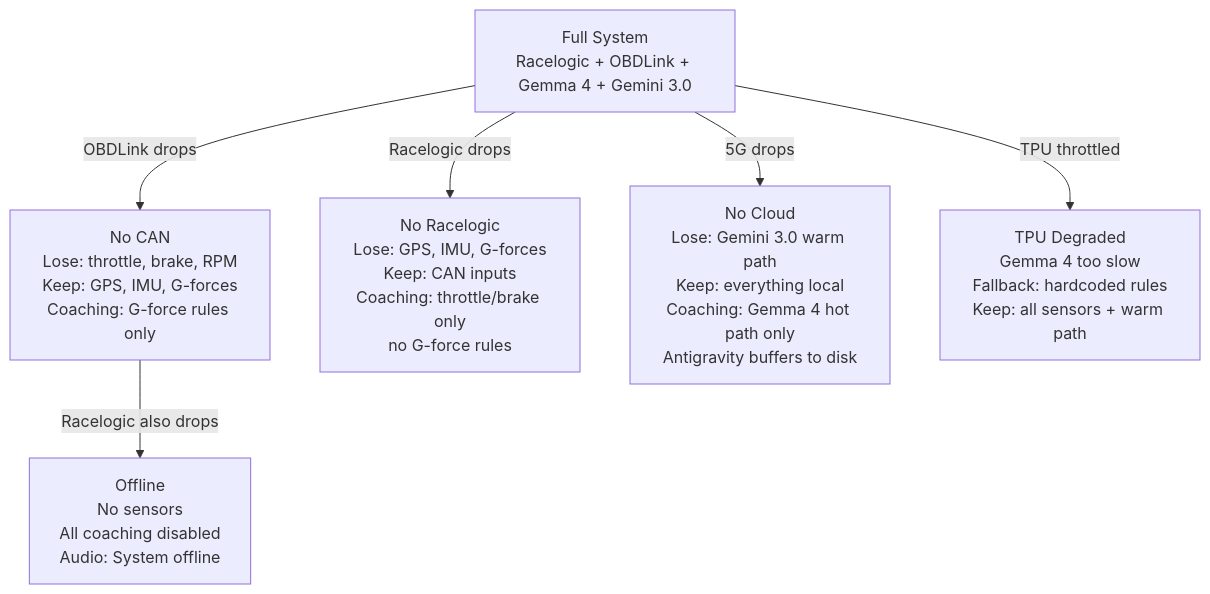
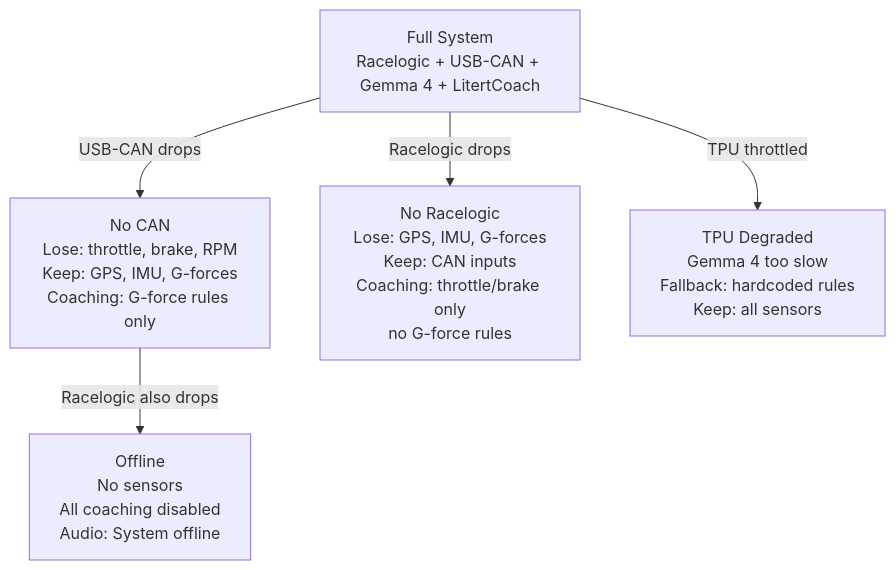
The diagram in docs/adr/009-graceful-degradation.md (mlnomadpy/pitwall), drawn with Mermaid before and after one commit. The commit also changed other lines of this file and 47 other files, not shown here.

````diff
--- a/docs/adr/009-graceful-degradation.md
+++ b/docs/adr/009-graceful-degradation.md
@@ -25,12 +27,10 @@
 ```mermaid
 graph TD
-    FULL[Full System<br/>Racelogic + OBDLink + Gemma 4 + Gemini 3.0] -->|OBDLink drops| NO_CAN[No CAN<br/>Lose: throttle, brake, RPM<br/>Keep: GPS, IMU, G-forces<br/>Coaching: G-force rules only]
+    FULL[Full System<br/>Racelogic + USB-CAN + Gemma 4 + LitertCoach] -->|USB-CAN drops| NO_CAN[No CAN<br/>Lose: throttle, brake, RPM<br/>Keep: GPS, IMU, G-forces<br/>Coaching: G-force rules only]
     
     FULL -->|Racelogic drops| NO_RL[No Racelogic<br/>Lose: GPS, IMU, G-forces<br/>Keep: CAN inputs<br/>Coaching: throttle/brake only<br/>no G-force rules]
     
-    FULL -->|5G drops| NO_5G[No Cloud<br/>Lose: Gemini 3.0 warm path<br/>Keep: everything local<br/>Coaching: Gemma 4 hot path only<br/>Antigravity buffers to disk]
-    
-    FULL -->|TPU throttled| NO_TPU[TPU Degraded<br/>Gemma 4 too slow<br/>Fallback: hardcoded rules<br/>Keep: all sensors + warm path]
+    FULL -->|TPU throttled| NO_TPU[TPU Degraded<br/>Gemma 4 too slow<br/>Fallback: hardcoded rules<br/>Keep: all sensors]
     
     NO_CAN -->|Racelogic also drops| OFFLINE[Offline<br/>No sensors<br/>All coaching disabled<br/>Audio: System offline]
 ```
````
